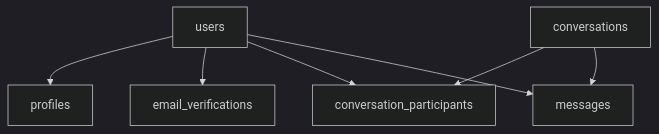
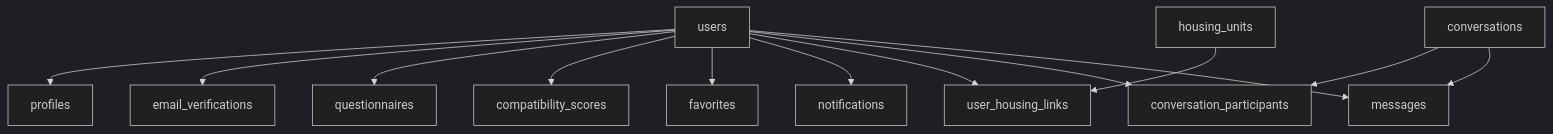
Before and after one commit to bruinnest-team/bruinnest: the diagram in docs/bruinnest-mvp-database-spec.md, drawn with Mermaid (dark theme). The commit also changed other lines of this file and 6 other files, not shown here.

Commit message:
docs: align phase 2 specifications and architecture

````diff
--- a/docs/bruinnest-mvp-database-spec.md
+++ b/docs/bruinnest-mvp-database-spec.md
@@ -195,9 +360,15 @@
 ```mermaid
 flowchart TD
     users --> profiles
     users --> email_verifications
+    users --> questionnaires
+    users --> compatibility_scores
+    users --> favorites
+    users --> notifications
+    users --> user_housing_links
     conversations --> conversation_participants
     users --> conversation_participants
     conversations --> messages
     users --> messages
+    housing_units --> user_housing_links
 ```
````
